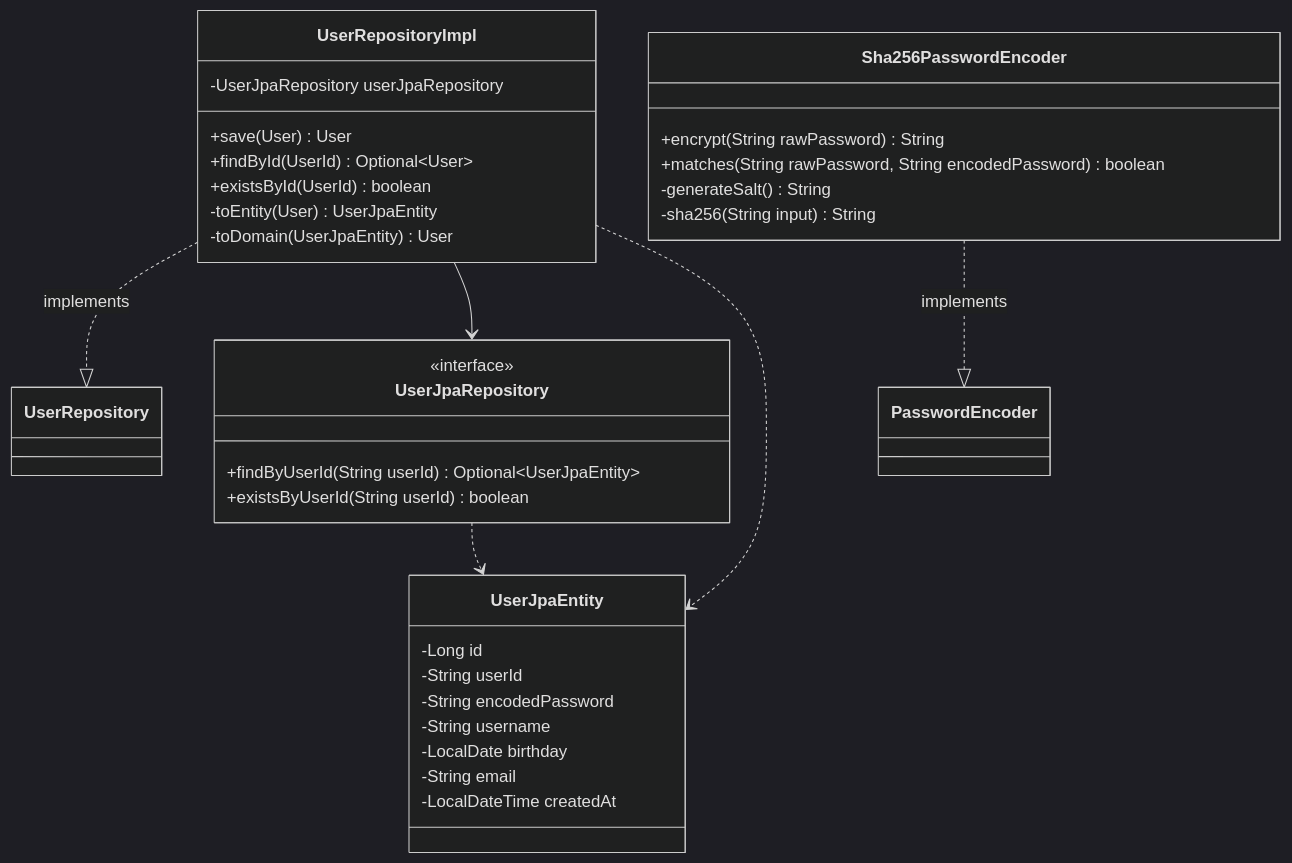
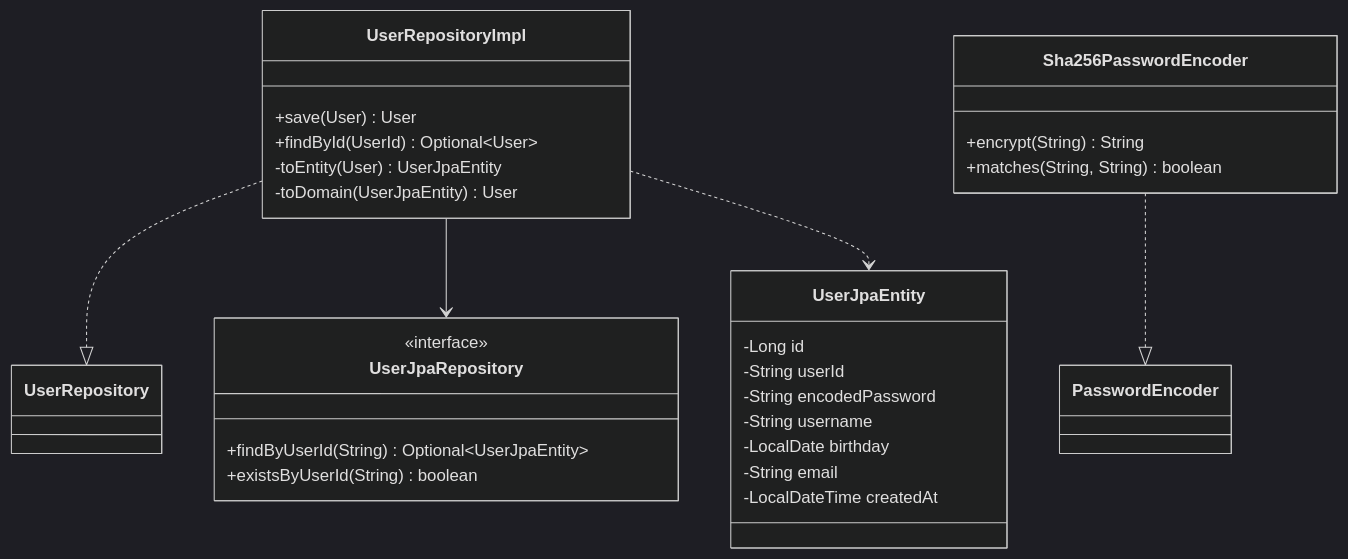
The third of 8 diagrams in .docs/design/03-class-diagram.md (ukukdin/loop-pack-be-l2-vol3-java), drawn with Mermaid (dark theme) before and after one commit. The commit also changed other lines of this file and 11 other files, not shown here.

````diff
--- a/.docs/design/03-class-diagram.md
+++ b/.docs/design/03-class-diagram.md
@@ -338,40 +188,32 @@
 ```mermaid
 classDiagram
+    UserRepositoryImpl ..|> UserRepository
+    UserRepositoryImpl --> UserJpaRepository
+    UserRepositoryImpl ..> UserJpaEntity
+    Sha256PasswordEncoder ..|> PasswordEncoder
+
     class UserRepositoryImpl {
-        -UserJpaRepository userJpaRepository
         +save(User) User
         +findById(UserId) Optional~User~
-        +existsById(UserId) boolean
         -toEntity(User) UserJpaEntity
         -toDomain(UserJpaEntity) User
     }
-
     class UserJpaRepository {
         <<interface>>
-        +findByUserId(String userId) Optional~UserJpaEntity~
-        +existsByUserId(String userId) boolean
+        +findByUserId(String) Optional~UserJpaEntity~
+        +existsByUserId(String) boolean
     }
-
     class UserJpaEntity {
         -Long id
         -String userId
         -String encodedPassword
         -String username
         -LocalDate birthday
         -String email
         -LocalDateTime createdAt
     }
-
     class Sha256PasswordEncoder {
-        +encrypt(String rawPassword) String
-        +matches(String rawPassword, String encodedPassword) boolean
-        -generateSalt() String
-        -sha256(String input) String
+        +encrypt(String) String
+        +matches(String, String) boolean
     }
-
-    UserRepositoryImpl ..|> UserRepository : implements
-    UserRepositoryImpl --> UserJpaRepository
-    UserRepositoryImpl ..> UserJpaEntity
-    Sha256PasswordEncoder ..|> PasswordEncoder : implements
-    UserJpaRepository ..> UserJpaEntity
 ```
````
